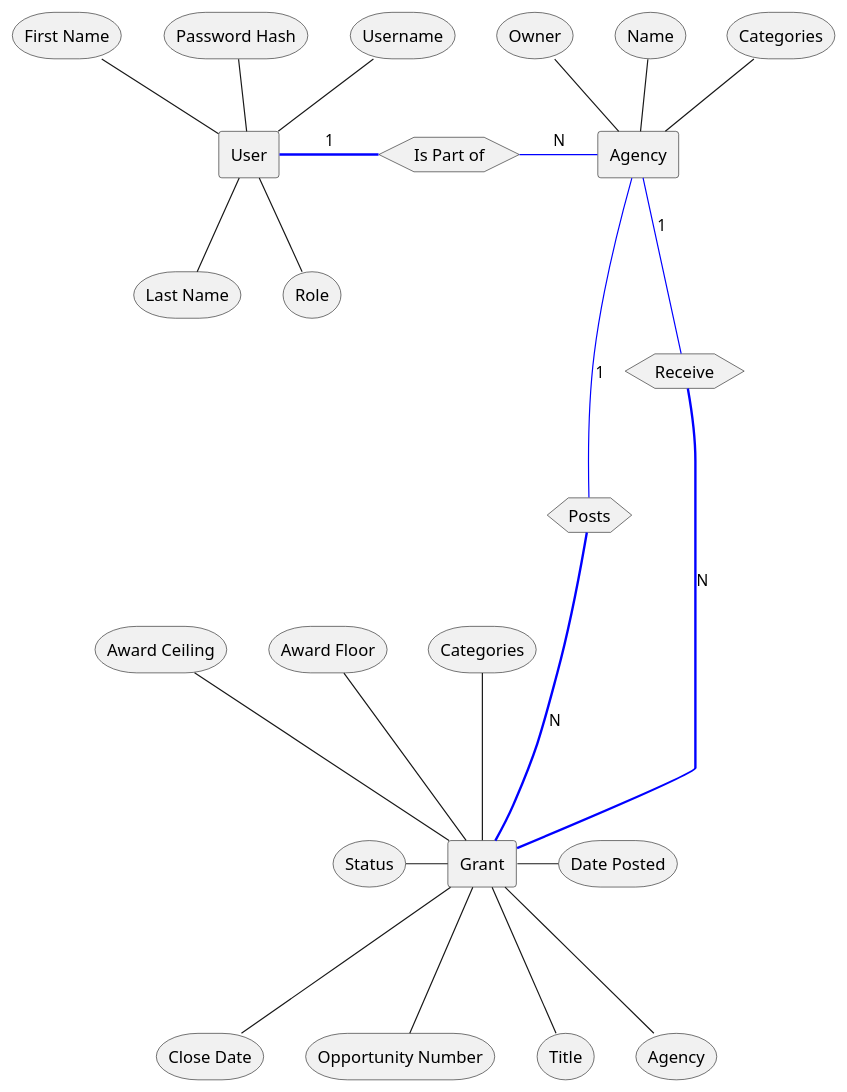
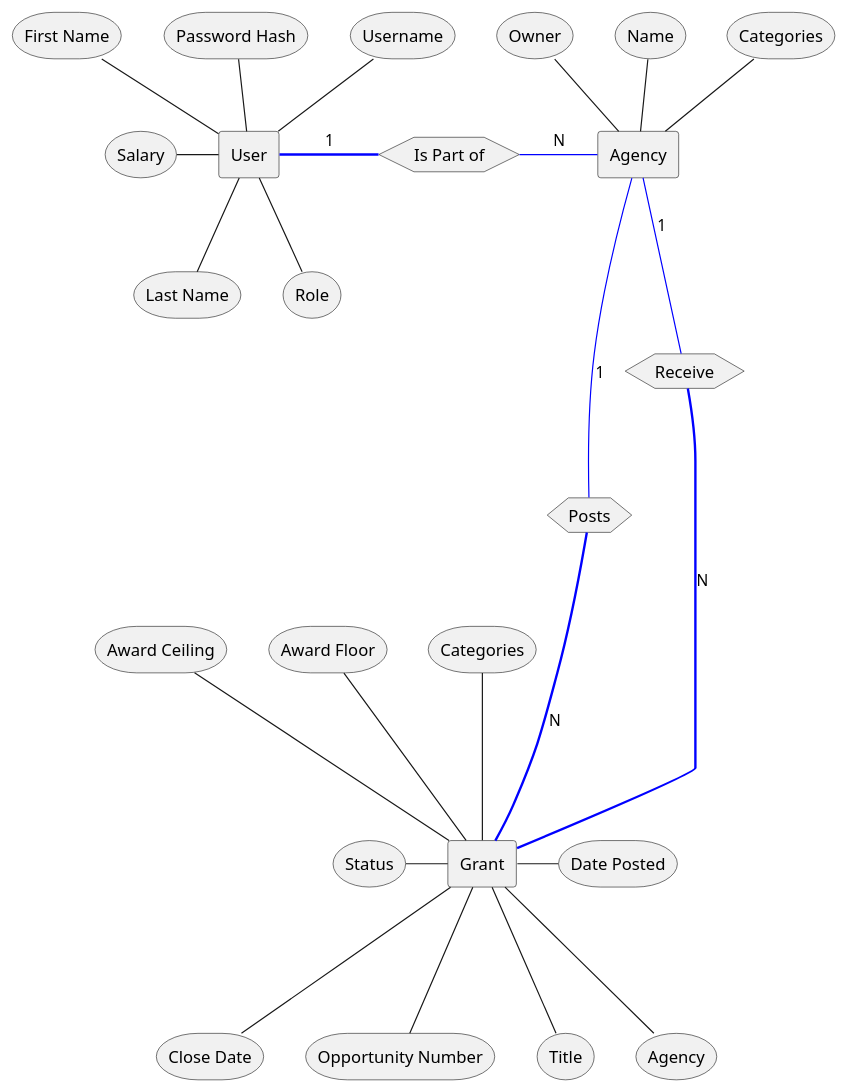
Before and after one commit to fabiomatos999/ICOM5016_Stuff: the diagram in Homework_1_ER_Diagram.pu, drawn with PlantUML.

Commit message:
Update ER diagram user to have salary.

```diff
--- a/Homework_1_ER_Diagram.pu
+++ b/Homework_1_ER_Diagram.pu
@@ -1,48 +1,50 @@
 @startuml
 rectangle Agency
 storage Owner as AOwner
 storage Name as AName
 storage Categories as ACategories
 AOwner -- Agency
 AName -- Agency
 ACategories -- Agency
 rectangle Grant
 storage "Date Posted" as PDate
 storage "Close Date" as CDate
 storage "Award Ceiling" as AwardCeiling
 storage "Award Floor" as AwardFloor
 storage "Opportunity Number" as ONumber
 storage Title as GTitle
 storage Categories as GCategories
 storage Agency as GAgency
 storage Status as GStatus
 PDate -left-- Grant
 CDate --up- Grant
 AwardCeiling --down- Grant
 AwardFloor --down- Grant
 ONumber --up- Grant
 GTitle --up- Grant
 GCategories --- Grant
 GAgency --up- Grant
 GStatus -right-- Grant
 rectangle User
 storage "First Name" as UFirstName 
 storage "Last Name" as ULastName 
 storage "Password Hash" as UPassword 
 storage "Username" as UUsername 
 storage "Role" as URole 
+storage "Salary" as USalary
 UFirstName -- User
 ULastName -up- User
 UPassword -- User
 UUsername -- User
 URole -up- User
+USalary -right- User
 Hexagon Posts
 Agency --[#Blue]-- Posts : 1
 Posts ==[#Blue]== Grant : N
 Hexagon Receive
 Agency -[#Blue]- Receive : 1
 Receive =[#Blue]= Grant : N
 Hexagon "Is Part of" as IsPartOf
 User =right[#Blue]= IsPartOf : 1
 IsPartOf -right[#Blue]- Agency : N
 @enduml
```
